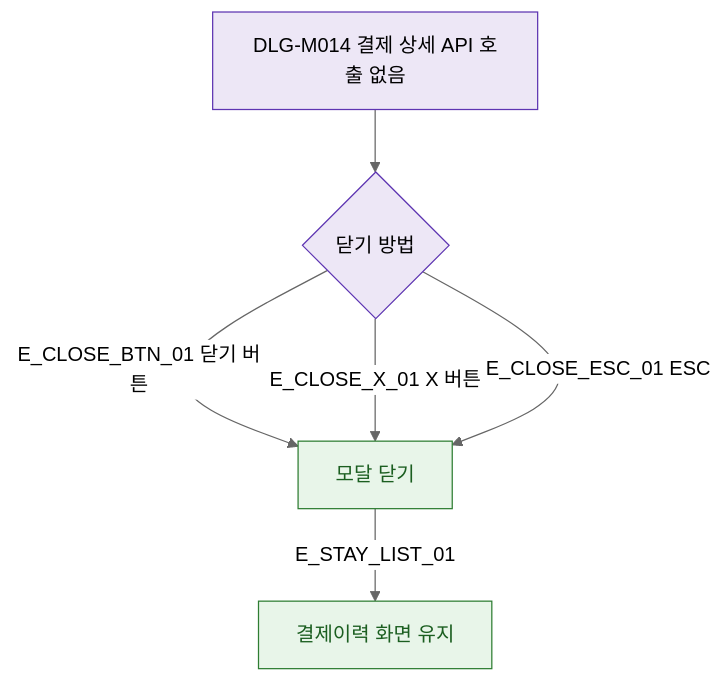
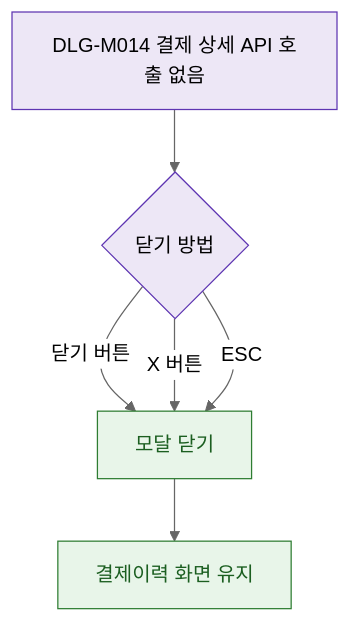
Before and after one commit to dev-spogym/admin-pando: the diagram in docs/다이어그램/D02_회원관리/DLG/DLG-M014_결제상세/M3_결과분기.md, drawn with Mermaid (neutral theme). The commit also changed other lines of this file and 1660 other files, not shown here.

First line of the commit message:
다이어그램: 기획자/클라이언트 납품본으로 정리

````diff
--- a/docs/다이어그램/D02_회원관리/DLG/DLG-M014_결제상세/M3_결과분기.md
+++ b/docs/다이어그램/D02_회원관리/DLG/DLG-M014_결제상세/M3_결과분기.md
@@ -22,18 +20,18 @@
 ```mermaid
 flowchart TD
   DLG[DLG-M014 결제 상세 API 호출 없음]
 
   DLG --> CHOICE{닫기 방법}
 
-  CHOICE -->|E_CLOSE_BTN_01 닫기 버튼| CLOSE[모달 닫기]
-  CHOICE -->|E_CLOSE_X_01 X 버튼| CLOSE
-  CHOICE -->|E_CLOSE_ESC_01 ESC| CLOSE
+  CHOICE -->|닫기 버튼|CLOSE[모달 닫기]
+  CHOICE -->|X 버튼|CLOSE
+  CHOICE -->|ESC|CLOSE
 
-  CLOSE -->|E_STAY_LIST_01| LIST[결제이력 화면 유지]
+  CLOSE --> LIST[결제이력 화면 유지]
 
   classDef system fill:#EDE7F6,stroke:#5E35B2
   classDef success fill:#E8F5E9,stroke:#2E7D32,color:#1B5E20
 
   class DLG,CHOICE system
   class CLOSE,LIST success
 ```
````
